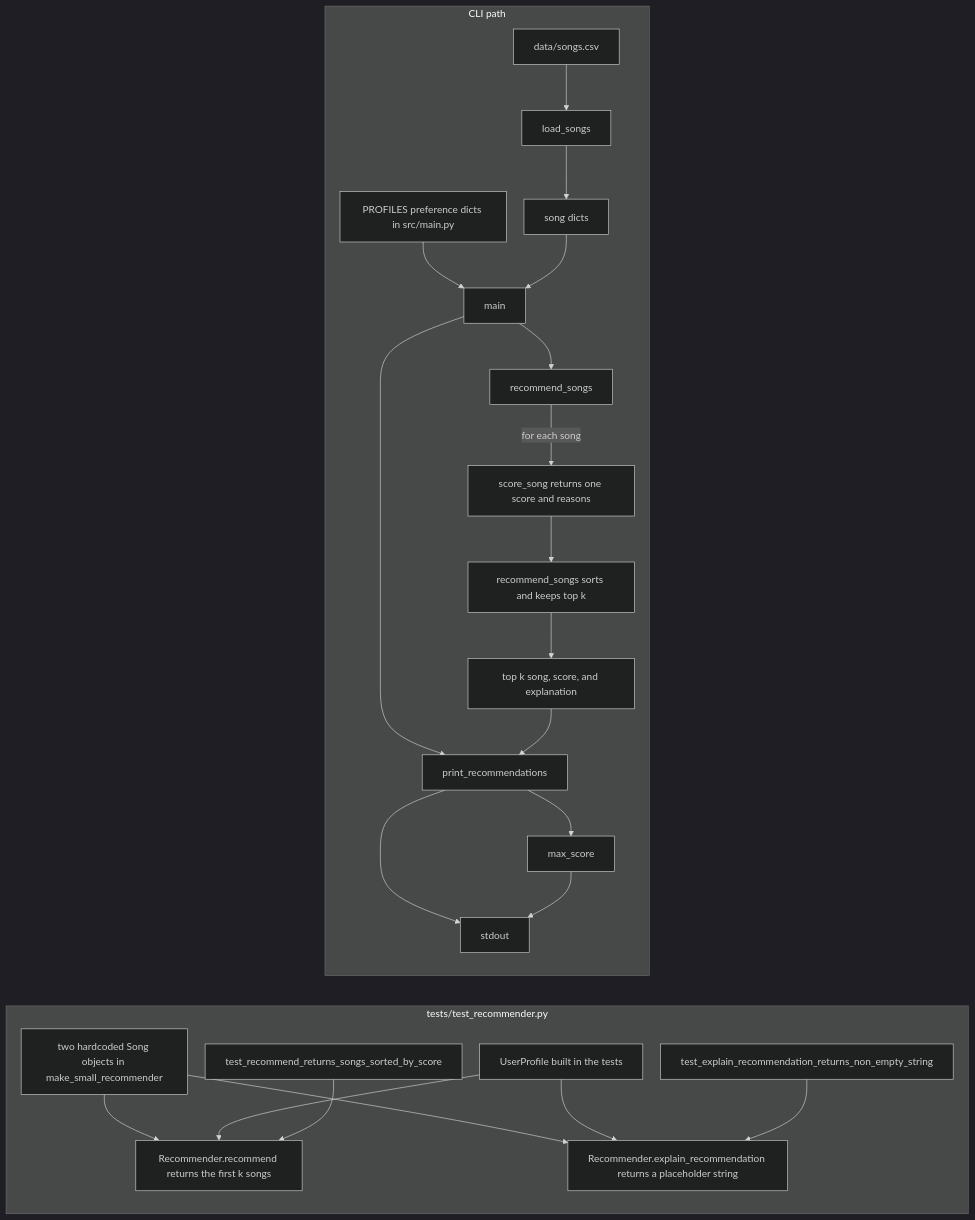
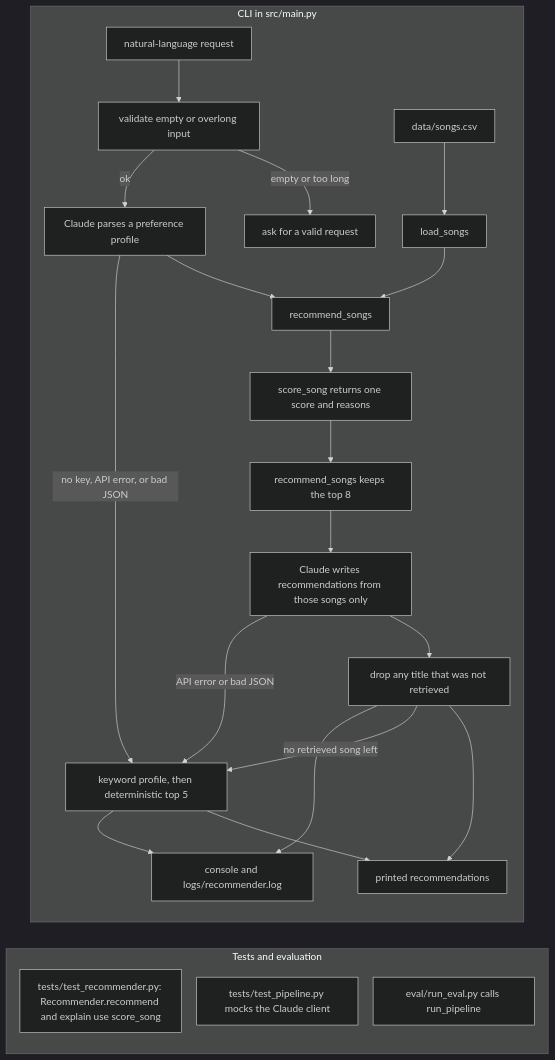
The diagram in diagrams/architecture.mmd (ThePurpleClub/applied-ai-system-project), drawn with Mermaid (dark theme) before and after one commit. The commit also changed 13 other files, not shown here.

First line of the commit message:
Add a Claude parse, retrieve, and explain flow.

```diff
--- a/diagrams/architecture.mmd
+++ b/diagrams/architecture.mmd
@@ -1,30 +1,31 @@
-%%{init: {"flowchart": {"rankSpacing": 48, "nodeSpacing": 28, "padding": 16}}}%%
+%%{init: {"flowchart": {"rankSpacing": 42, "nodeSpacing": 24, "padding": 14}}}%%
 flowchart TD
-    subgraph cli ["CLI path"]
+    subgraph app ["CLI in src/main.py"]
         direction TB
+        request["natural-language request"] --> checkLen["validate empty or overlong input"]
+        checkLen -->|"empty or too long"| rejected["ask for a valid request"]
+        checkLen -->|"ok"| parse["Claude parses a preference profile"]
         csv["data/songs.csv"] --> loadSongs["load_songs"]
-        loadSongs --> songDicts["song dicts"]
-        profiles["PROFILES preference dicts in src/main.py"] --> main["main"]
-        songDicts --> main
-        main --> recommend["recommend_songs"]
-        recommend -->|"for each song"| score["score_song returns one score and reasons"]
-        score --> rankStep["recommend_songs sorts and keeps top k"]
-        rankStep --> topk["top k song, score, and explanation"]
-        main --> printer["print_recommendations"]
-        topk --> printer
-        printer --> maxScore["max_score"]
-        printer --> stdout["stdout"]
-        maxScore --> stdout
+        parse --> retrieve["recommend_songs"]
+        loadSongs --> retrieve
+        retrieve --> score["score_song returns one score and reasons"]
+        score --> topn["recommend_songs keeps the top 8"]
+        topn --> generate["Claude writes recommendations from those songs only"]
+        generate --> guard["drop any title that was not retrieved"]
+        guard --> stdout["printed recommendations"]
+        parse -->|"no key, API error, or bad JSON"| fallback["keyword profile, then deterministic top 5"]
+        generate -->|"API error or bad JSON"| fallback
+        guard -->|"no retrieved song left"| fallback
+        fallback --> stdout
+        guard --> logs["console and logs/recommender.log"]
+        fallback --> logs
     end
 
-    subgraph checks ["tests/test_recommender.py"]
+    subgraph checks ["Tests and evaluation"]
         direction TB
-        fixtures["two hardcoded Song objects in make_small_recommender"] --> recommendMethod["Recommender.recommend returns the first k songs"]
-        userProfile["UserProfile built in the tests"] --> recommendMethod
-        rankTest["test_recommend_returns_songs_sorted_by_score"] --> recommendMethod
-        fixtures --> explainMethod["Recommender.explain_recommendation returns a placeholder string"]
-        userProfile --> explainMethod
-        explainTest["test_explain_recommendation_returns_non_empty_string"] --> explainMethod
+        recommenderTests["tests/test_recommender.py: Recommender.recommend and explain use score_song"]
+        pipelineTests["tests/test_pipeline.py mocks the Claude client"]
+        evalScript["eval/run_eval.py calls run_pipeline"]
     end
 
-    cli ~~~ checks
+    app ~~~ checks
```
